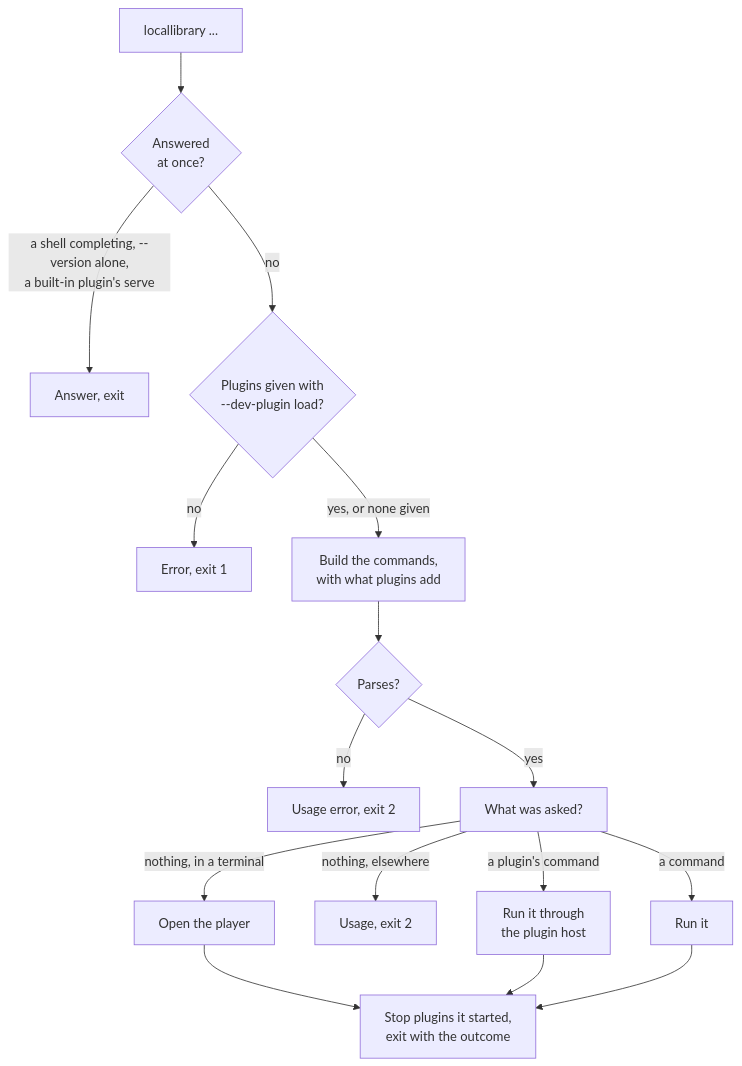
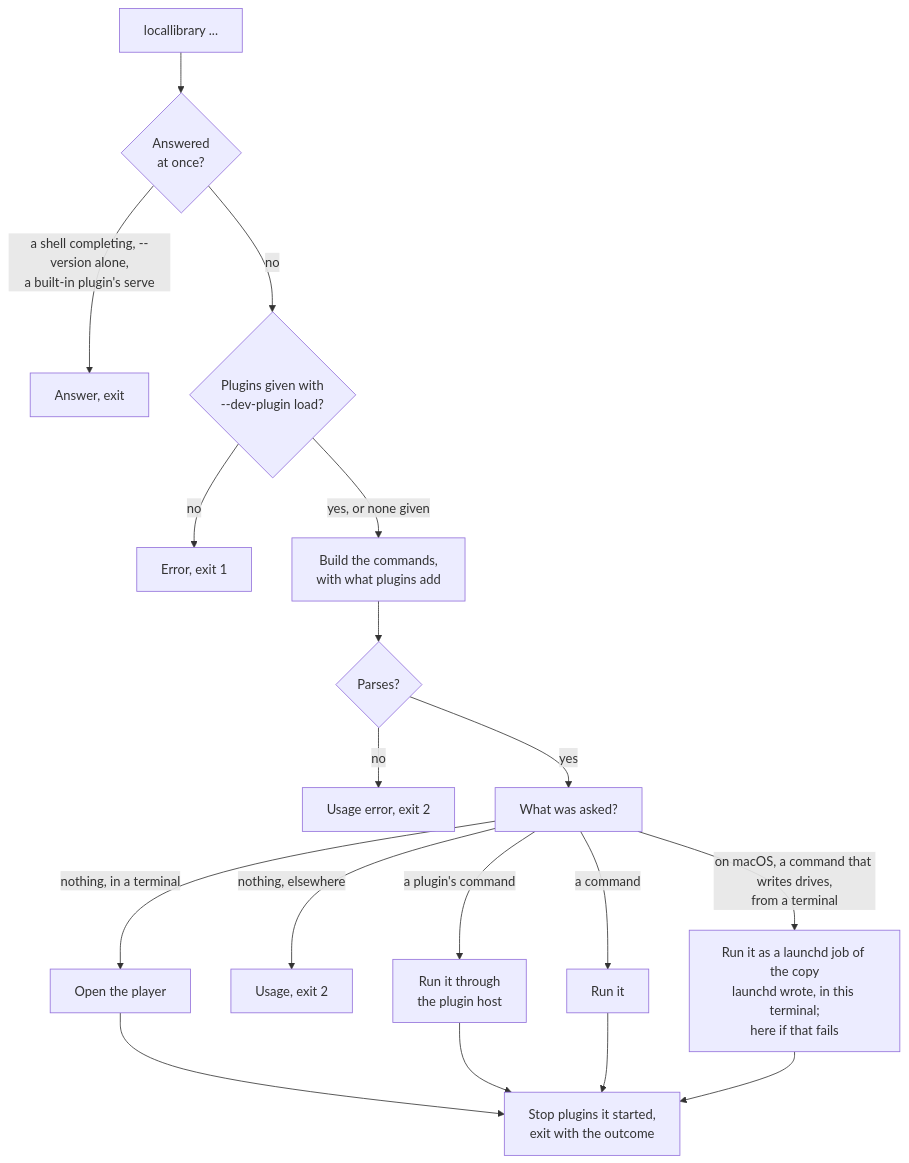
One commit to cutenode/localnetwork changed the third of 11 diagrams in apps/locallibrary/README.md. Above: the diagram before and after it, drawn with Mermaid. The commit also changed other lines of this file and 12 other files, not shown here.

First line of the commit message:
feat(locallibrary): write drives from a launchd job on macOS so no ._ files are made

````diff
--- a/apps/locallibrary/README.md
+++ b/apps/locallibrary/README.md
@@ -318,18 +318,20 @@
 ```mermaid
 flowchart TD
     start["locallibrary ..."] --> direct{"Answered<br/>at once?"}
     direct -->|"a shell completing, --version alone,<br/>a built-in plugin's serve"| quick["Answer, exit"]
     direct -->|"no"| dev{"Plugins given with<br/>--dev-plugin load?"}
     dev -->|no| failed["Error, exit 1"]
     dev -->|"yes, or none given"| tree["Build the commands,<br/>with what plugins add"]
     tree --> parse{"Parses?"}
     parse -->|no| usage["Usage error, exit 2"]
     parse -->|yes| kind["What was asked?"]
     kind -->|"nothing, in a terminal"| tui["Open the player"]
     kind -->|"nothing, elsewhere"| help["Usage, exit 2"]
     kind -->|"a plugin's command"| contributed["Run it through<br/>the plugin host"]
     kind -->|"a command"| run["Run it"]
+    kind -->|"on macOS, a command that writes drives,<br/>from a terminal"| job["Run it as a launchd job of the copy<br/>launchd wrote, in this terminal;<br/>here if that fails"]
     tui --> stop["Stop plugins it started,<br/>exit with the outcome"]
     contributed --> stop
     run --> stop
+    job --> stop
 ```
````
